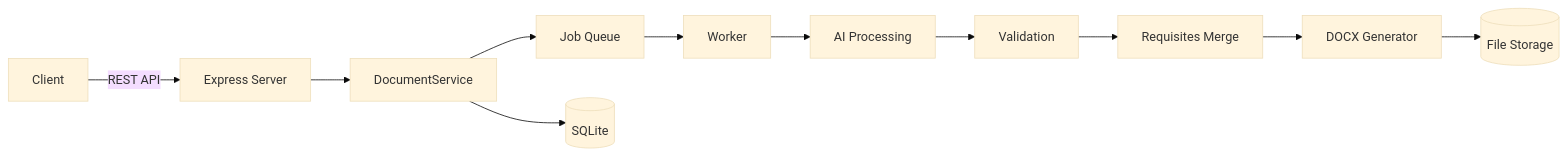
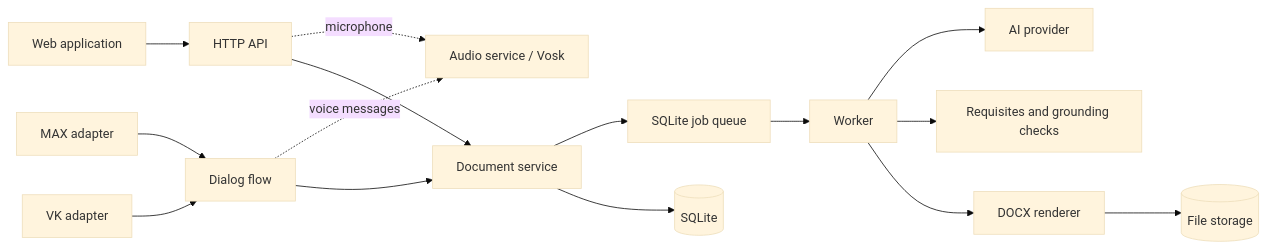
Before and after one commit to SomeSuperCoder/DocxGen: the diagram in README.md, drawn with Mermaid (base theme). The commit also changed other lines of this file, not shown here.

````diff
--- a/README.md
+++ b/README.md
@@ -96,13 +135,17 @@
 ```mermaid
 flowchart LR
-    U[Client] -->|REST API| A[Express Server]
-    A --> D[DocumentService]
-    D --> Q[Job Queue]
-    Q --> W[Worker]
-    W --> AI[AI Processing]
-    AI --> V[Validation]
-    V --> R[Requisites Merge]
-    R --> X[DOCX Generator]
-    X --> FS[(File Storage)]
-    D --> DB[(SQLite)]
+  WEB[Web application] --> API[HTTP API]
+  MAX[MAX adapter] --> FLOW[Dialog flow]
+  VK[VK adapter] --> FLOW
+  FLOW -. voice messages .-> STT[Audio service / Vosk]
+  API -. microphone .-> STT
+  API --> DOC[Document service]
+  FLOW --> DOC
+  DOC --> Q[SQLite job queue]
+  Q --> W[Worker]
+  W --> AI[AI provider]
+  W --> VALIDATE[Requisites and grounding checks]
+  W --> DOCX[DOCX renderer]
+  DOC --> DB[(SQLite)]
+  DOCX --> FILES[(File storage)]
 ```
````
